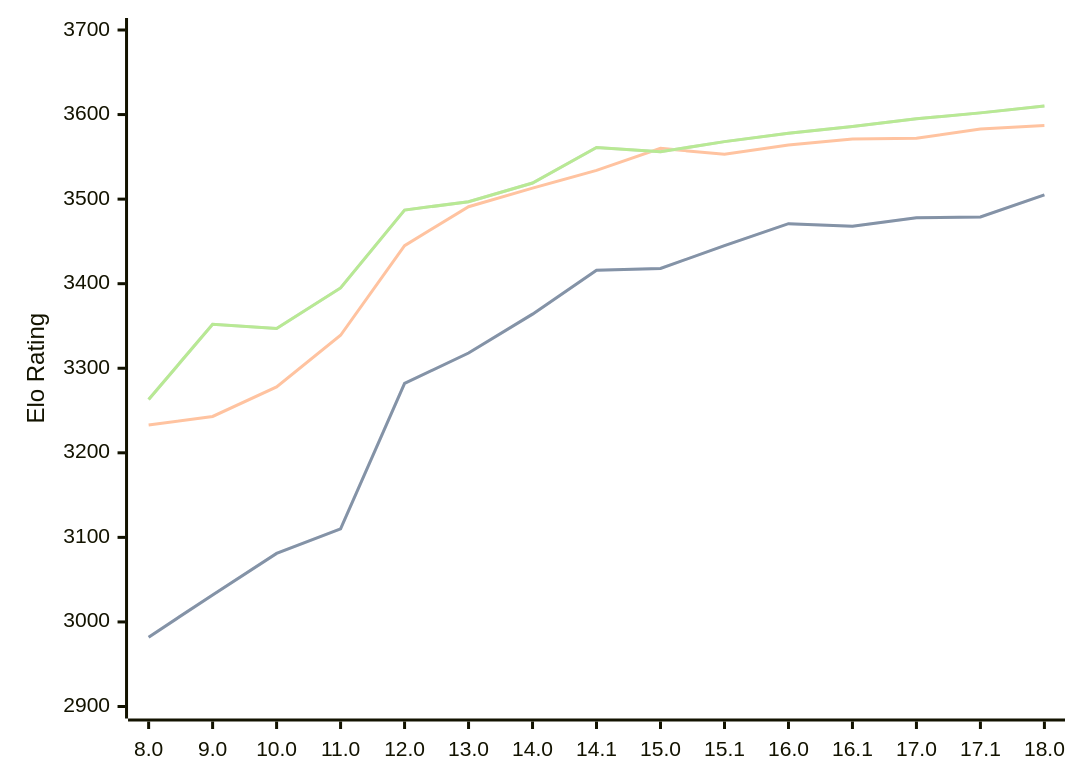
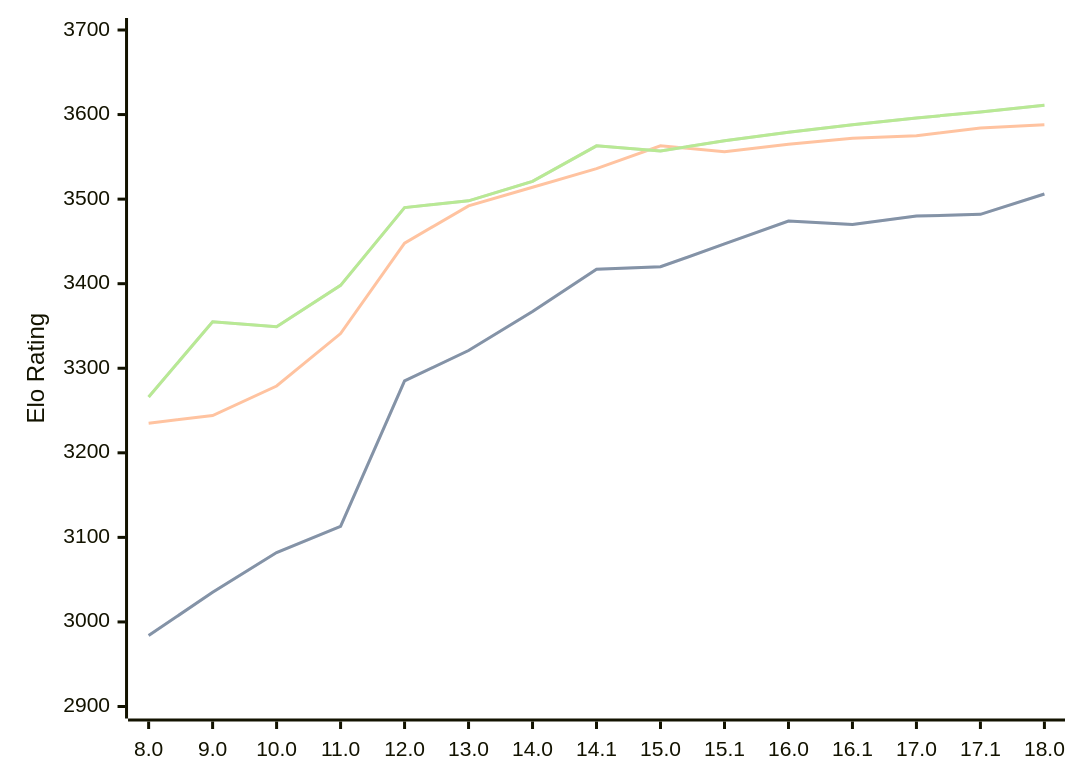
Before and after one commit to computer-chess-index/cci: the diagram in engines/Stockfish.md, drawn with Mermaid. The commit also changed other lines of this file, not shown here.

Commit message:
Update CCI Ratings (ELO VLTC) - 2026-08-23

````diff
--- a/engines/Stockfish.md
+++ b/engines/Stockfish.md
@@ -45,11 +45,11 @@
 ```mermaid
 %%{init: {"theme":"base","themeVariables":{"seriesColors:['#a3a3a3','#222221','#faa371']}}}%%
 xychart-beta
   x-axis ["8.0", "9.0", "10.0", "11.0", "12.0", "13.0", "14.0", "14.1", "15.0", "15.1", "16.0", "16.1", "17.0", "17.1", "18.0"]
   y-axis "Elo Rating" 2900 --> 3700
-  line "STC (8.0+0.08s)" [2982, 3032, 3081, 3110, 3282, 3318, 3364, 3416, 3418, 3445, 3471, 3468, 3478, 3479, 3505]
-  line "STC (8.0+0.08s)" [2982, 3032, 3081, 3110, 3282, 3318, 3364, 3416, 3418, 3445, 3471, 3468, 3478, 3479, 3505]
-  line "LTC (60.0+0.60s)" [3233, 3243, 3278, 3339, 3445, 3491, 3513, 3534, 3560, 3553, 3564, 3571, 3572, 3583, 3587]
-  line "VLTC (2m24s+1.12s)" [3263, 3352, 3347, 3395, 3487, 3497, 3519, 3561, 3556, 3568, 3578, 3586, 3595, 3602, 3610]
-  line "VLTC (2m24s+1.12s)" [3263, 3352, 3347, 3395, 3487, 3497, 3519, 3561, 3556, 3568, 3578, 3586, 3595, 3602, 3610]
+  line "STC (8.0+0.08s)" [2984, 3035, 3082, 3113, 3285, 3321, 3367, 3417, 3420, 3447, 3474, 3470, 3480, 3482, 3506]
+  line "STC (8.0+0.08s)" [2984, 3035, 3082, 3113, 3285, 3321, 3367, 3417, 3420, 3447, 3474, 3470, 3480, 3482, 3506]
+  line "LTC (60.0+0.60s)" [3235, 3244, 3279, 3341, 3448, 3492, 3514, 3536, 3563, 3556, 3565, 3572, 3575, 3584, 3588]
+  line "VLTC (2m24s+1.12s)" [3266, 3355, 3349, 3398, 3490, 3498, 3521, 3563, 3557, 3569, 3579, 3588, 3596, 3603, 3611]
+  line "VLTC (2m24s+1.12s)" [3266, 3355, 3349, 3398, 3490, 3498, 3521, 3563, 3557, 3569, 3579, 3588, 3596, 3603, 3611]
 ```
````
